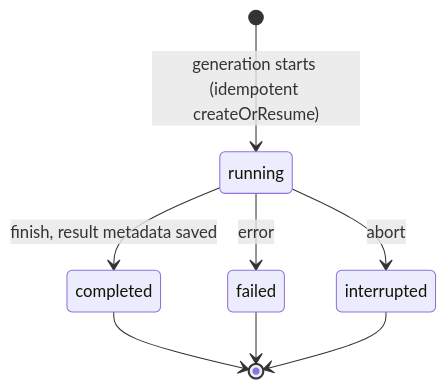
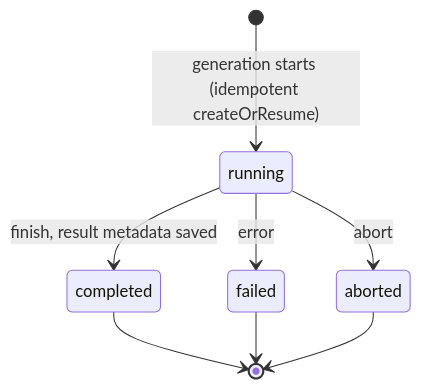
One commit to TanStack/ai changed the first of 2 diagrams in docs/persistence/generation-persistence.md. Above: the diagram before and after it, drawn with Mermaid. The commit also changed other lines of this file and 94 other files, not shown here.

````diff
--- a/docs/persistence/generation-persistence.md
+++ b/docs/persistence/generation-persistence.md
@@ -178,10 +183,10 @@
 ```mermaid
 stateDiagram-v2
     [*] --> running : generation starts (idempotent createOrResume)
     running --> completed : finish, result metadata saved
     running --> failed : error
-    running --> interrupted : abort
+    running --> aborted : abort
     completed --> [*]
     failed --> [*]
-    interrupted --> [*]
+    aborted --> [*]
 ```
````
